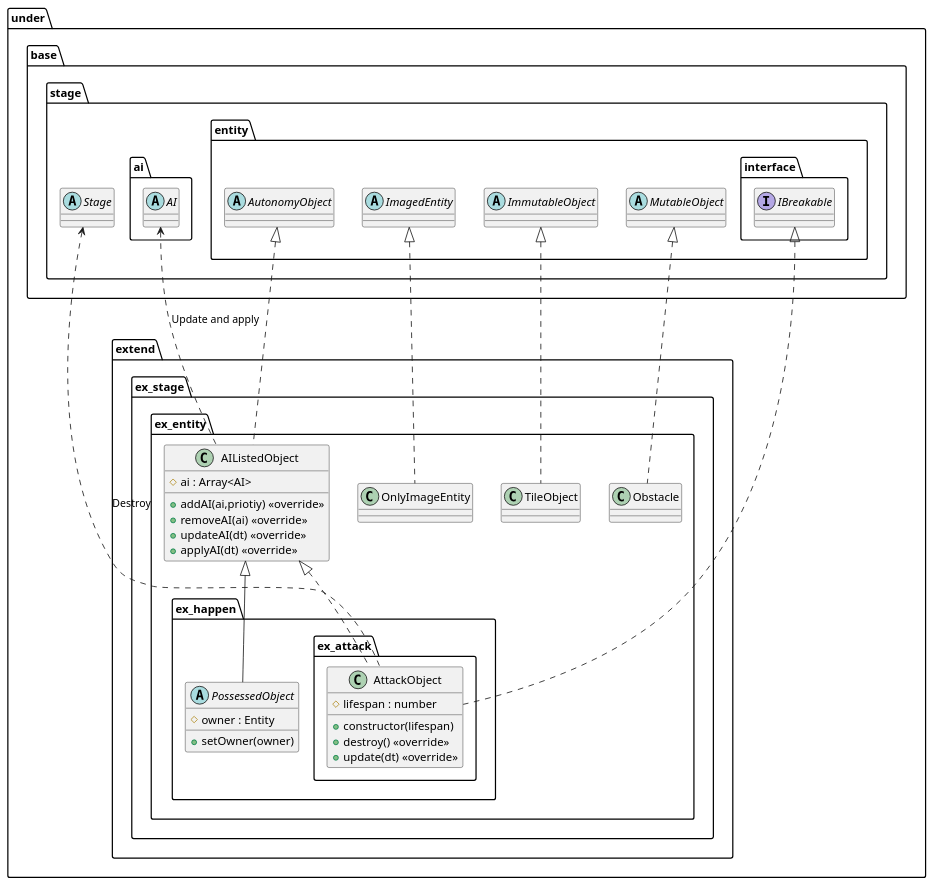
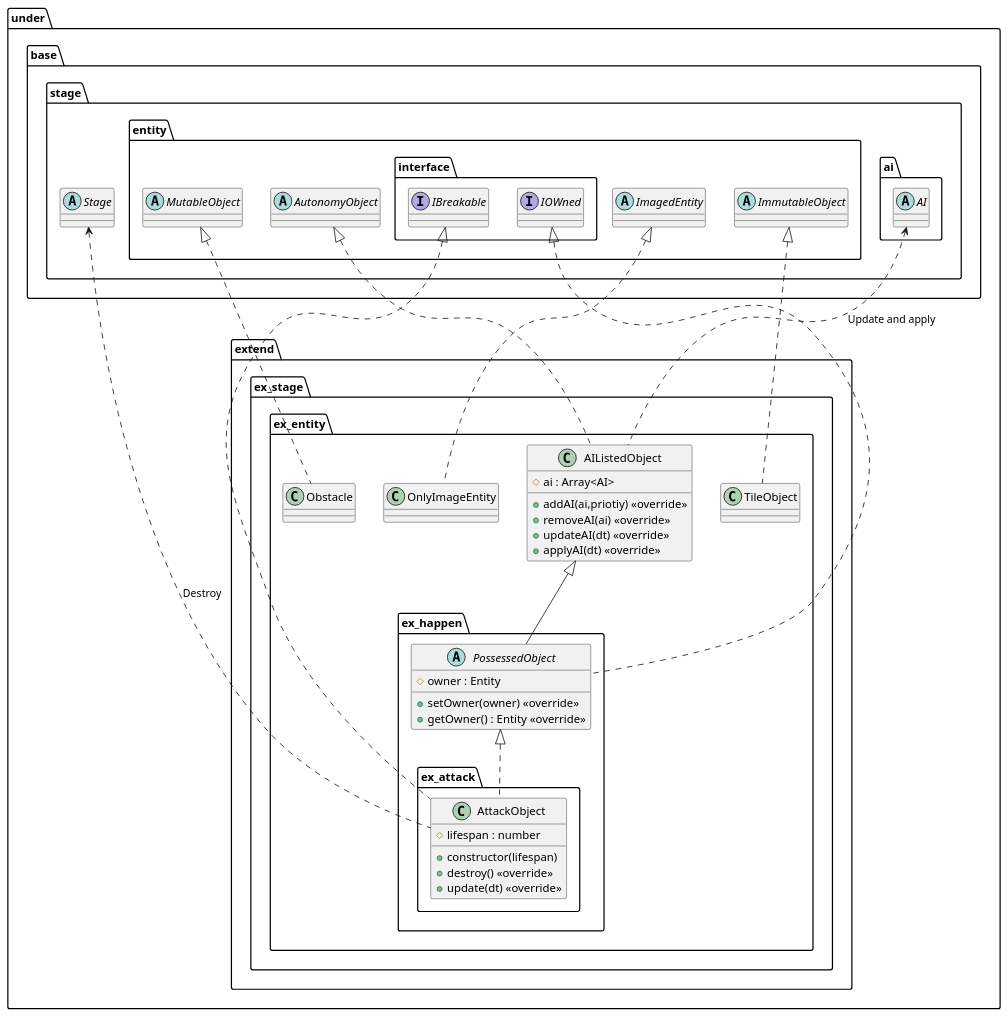
The diagram in uml/entity/Extend.wsd (Expine/Under), drawn with PlantUML before and after one commit. The commit also changed 58 other files, not shown here.

Commit message:
Abstract owned entity and generating attack object

```diff
--- a/uml/entity/Extend.wsd
+++ b/uml/entity/Extend.wsd
@@ -1,68 +1,71 @@
 @startuml EntityExtend
 package under {
     package extend {
         package ex_stage {
             package ex_entity {
                 class TileObject
                 class Obstacle
                 class OnlyImageEntity
                 class AIListedObject {
                     #ai : Array<AI>
                     +addAI(ai,priotiy) <<override>>
                     +removeAI(ai) <<override>>
                     +updateAI(dt) <<override>>
                     +applyAI(dt) <<override>>
                 }
                 package ex_happen {
                     package ex_attack {
                         class AttackObject {
                             +constructor(lifespan)
                             #lifespan : number
                             +destroy() <<override>>
                             +update(dt) <<override>>
                         }
                     }
                     abstract PossessedObject {
                         #owner : Entity
-                        +setOwner(owner)
+                        +setOwner(owner) <<override>>
+                        +getOwner() : Entity <<override>>
                     }
                 }
             }
         }
     }
 }
 
 package under {
     package base {
         package stage {
             abstract Stage
             package ai {
                 abstract AI
             }
             package entity {
                 abstract ImagedEntity
                 abstract ImmutableObject
                 abstract MutableObject
                 abstract AutonomyObject
                 package interface {
                     interface IBreakable
+                    interface IOWned
                 }
             }
         }
     }
 }
 
 AI <.. AIListedObject : Update and apply
 
 Stage <.. AttackObject : Destroy
 
 ImagedEntity <|.. OnlyImageEntity
 ImmutableObject <|.. TileObject
 MutableObject <|.. Obstacle
 AutonomyObject <|.. AIListedObject
 
 AIListedObject <|-- PossessedObject
-AIListedObject <|.. AttackObject
+IOWned <|.. PossessedObject
+PossessedObject <|.. AttackObject
 IBreakable <|.. AttackObject
 
 @enduml
```
